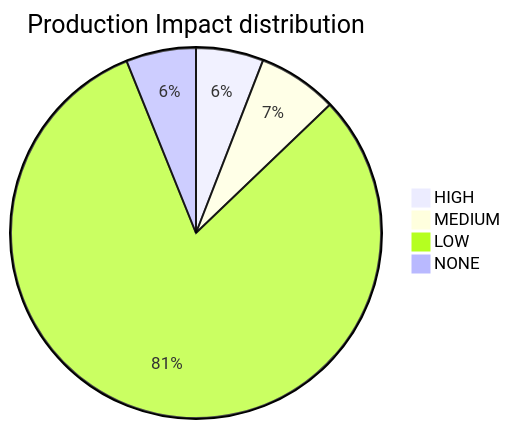
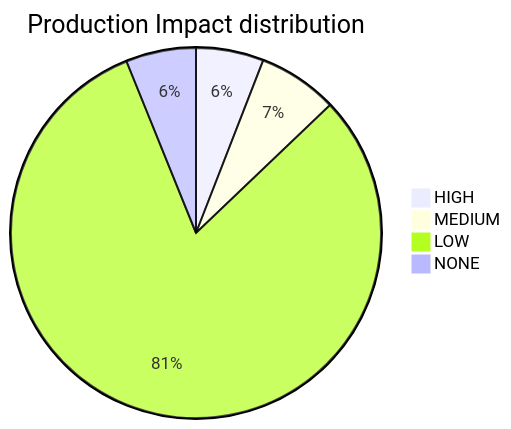
The diagram in docs/10-governance/reports/HEALTH_AUDIT_LOG.md (mikeybeezy/goldenpath-idp-infra), drawn with Mermaid before and after one commit. The commit also changed other lines of this file and 2 other files, not shown here.

````diff
--- a/docs/10-governance/reports/HEALTH_AUDIT_LOG.md
+++ b/docs/10-governance/reports/HEALTH_AUDIT_LOG.md
@@ -73,7 +73,7 @@
 ```mermaid
 pie title Production Impact distribution
     "HIGH" : 28
     "MEDIUM" : 33
-    "LOW" : 385
+    "LOW" : 384
     "NONE" : 29
 ```
````
